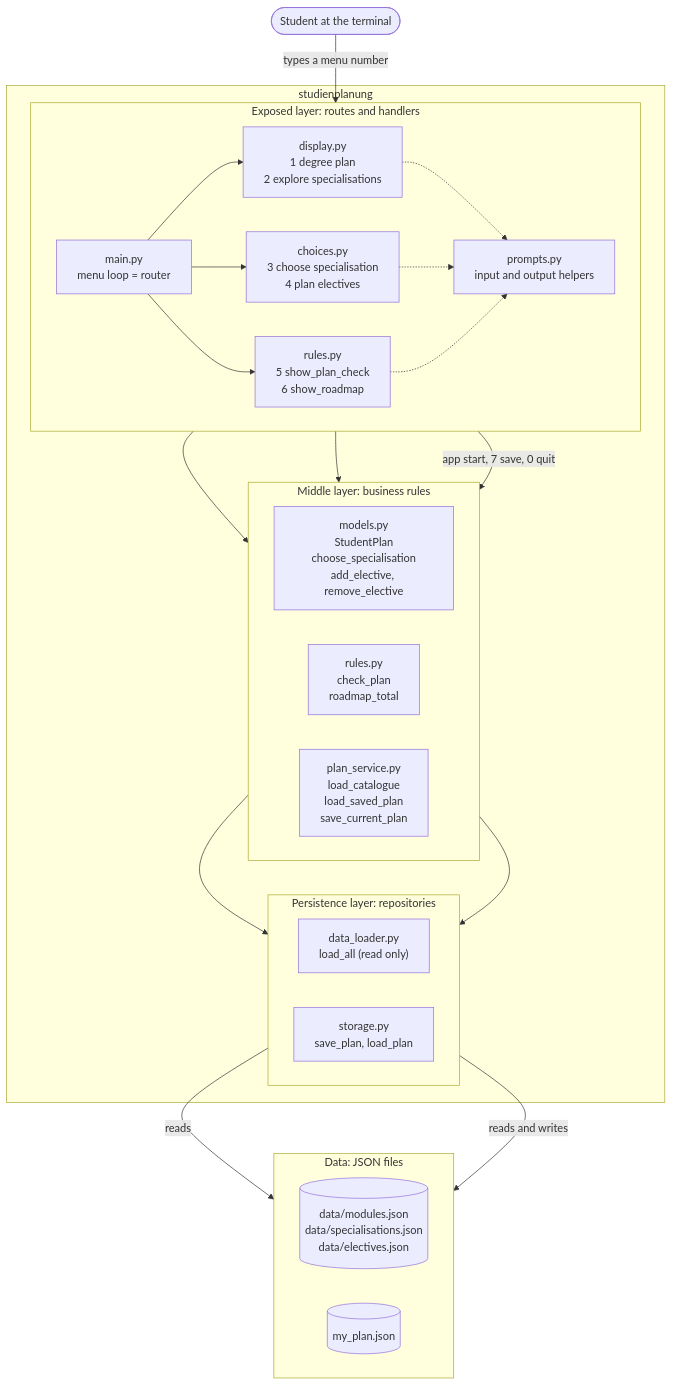
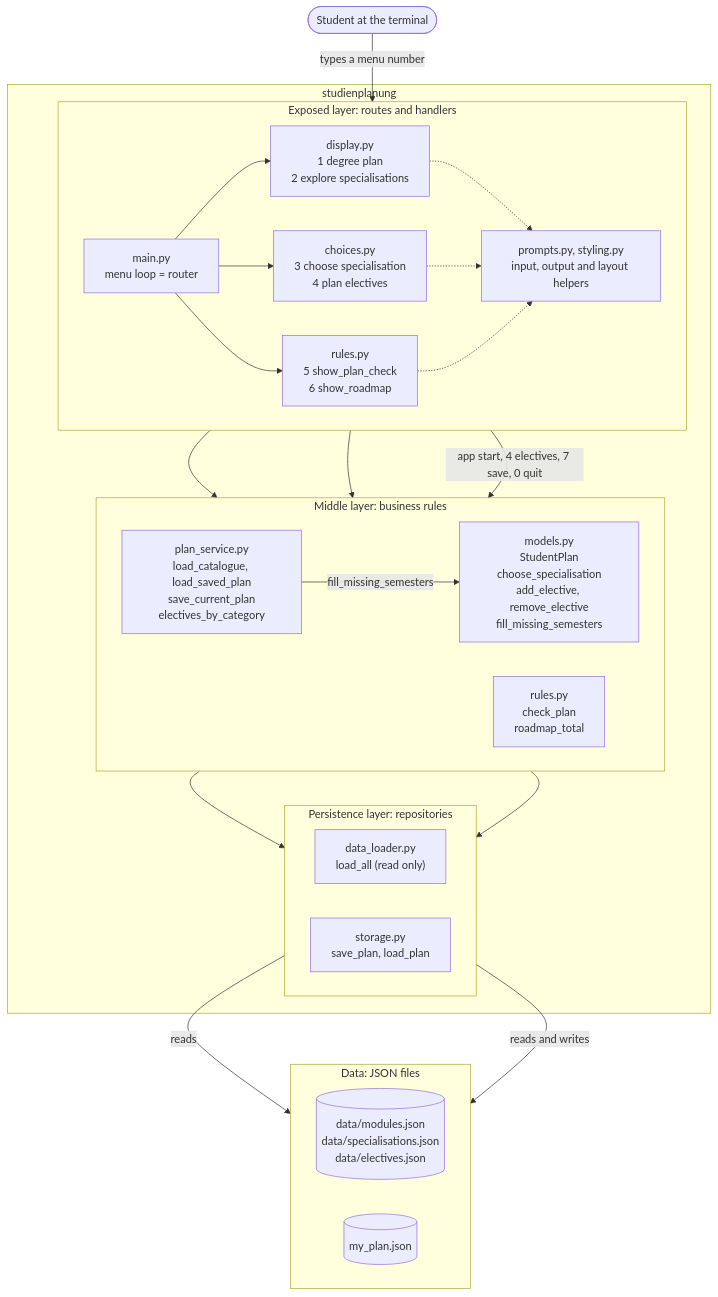
The second of 2 diagrams in docs/architecture.md (zhurigo/studienplanung), drawn with Mermaid before and after one commit.

Commit message:
updates system diagram

````diff
--- a/docs/architecture.md
+++ b/docs/architecture.md
@@ -25,47 +25,48 @@
 ```mermaid
 flowchart TB
     user(["Student at the terminal"])
 
     subgraph app["studienplanung"]
         subgraph exposed["Exposed layer: routes and handlers"]
             direction LR
             main["main.py<br/>menu loop = router"]
             display["display.py<br/>1 degree plan<br/>2 explore specialisations"]
             choices["choices.py<br/>3 choose specialisation<br/>4 plan electives"]
             rulesui["rules.py<br/>5 show_plan_check<br/>6 show_roadmap"]
-            prompts["prompts.py<br/>input and output helpers"]
+            prompts["prompts.py, styling.py<br/>input, output and layout helpers"]
         end
 
         subgraph middle["Middle layer: business rules"]
             direction LR
-            models["models.py<br/>StudentPlan<br/>choose_specialisation<br/>add_elective, remove_elective"]
+            models["models.py<br/>StudentPlan<br/>choose_specialisation<br/>add_elective, remove_elective<br/>fill_missing_semesters"]
             rules["rules.py<br/>check_plan<br/>roadmap_total"]
-            service["plan_service.py<br/>load_catalogue<br/>load_saved_plan<br/>save_current_plan"]
+            service["plan_service.py<br/>load_catalogue, load_saved_plan<br/>save_current_plan<br/>electives_by_category"]
         end
 
         subgraph persistence["Persistence layer: repositories"]
             direction LR
             loader["data_loader.py<br/>load_all (read only)"]
             storage["storage.py<br/>save_plan, load_plan"]
         end
     end
 
     subgraph files["Data: JSON files"]
         direction LR
         catalogue[("data/modules.json<br/>data/specialisations.json<br/>data/electives.json")]
         myplan[("my_plan.json")]
     end
 
     user -->|"types a menu number"| main
     main --> display
     main --> choices
     main --> rulesui
     display & choices & rulesui -.-> prompts
     choices --> models
     rulesui --> rules
-    main -->|"app start, 7 save, 0 quit"| service
+    main -->|"app start, 4 electives, 7 save, 0 quit"| service
+    service -->|"fill_missing_semesters"| models
     service --> loader
     service --> storage
     loader -->|"reads"| catalogue
     storage -->|"reads and writes"| myplan
 ```
````
